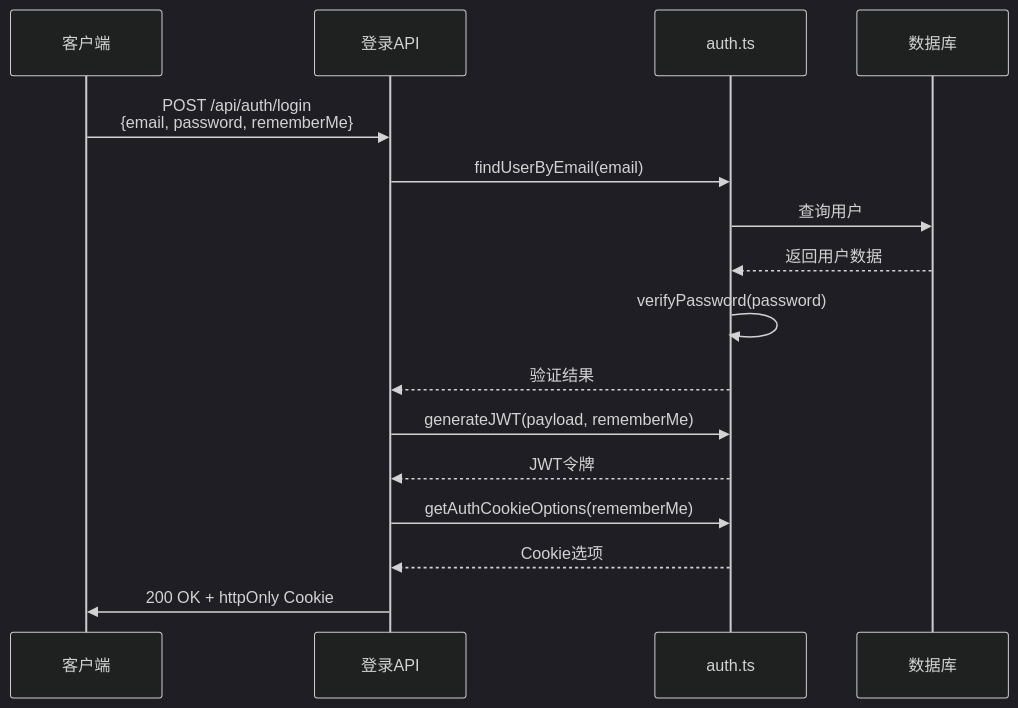
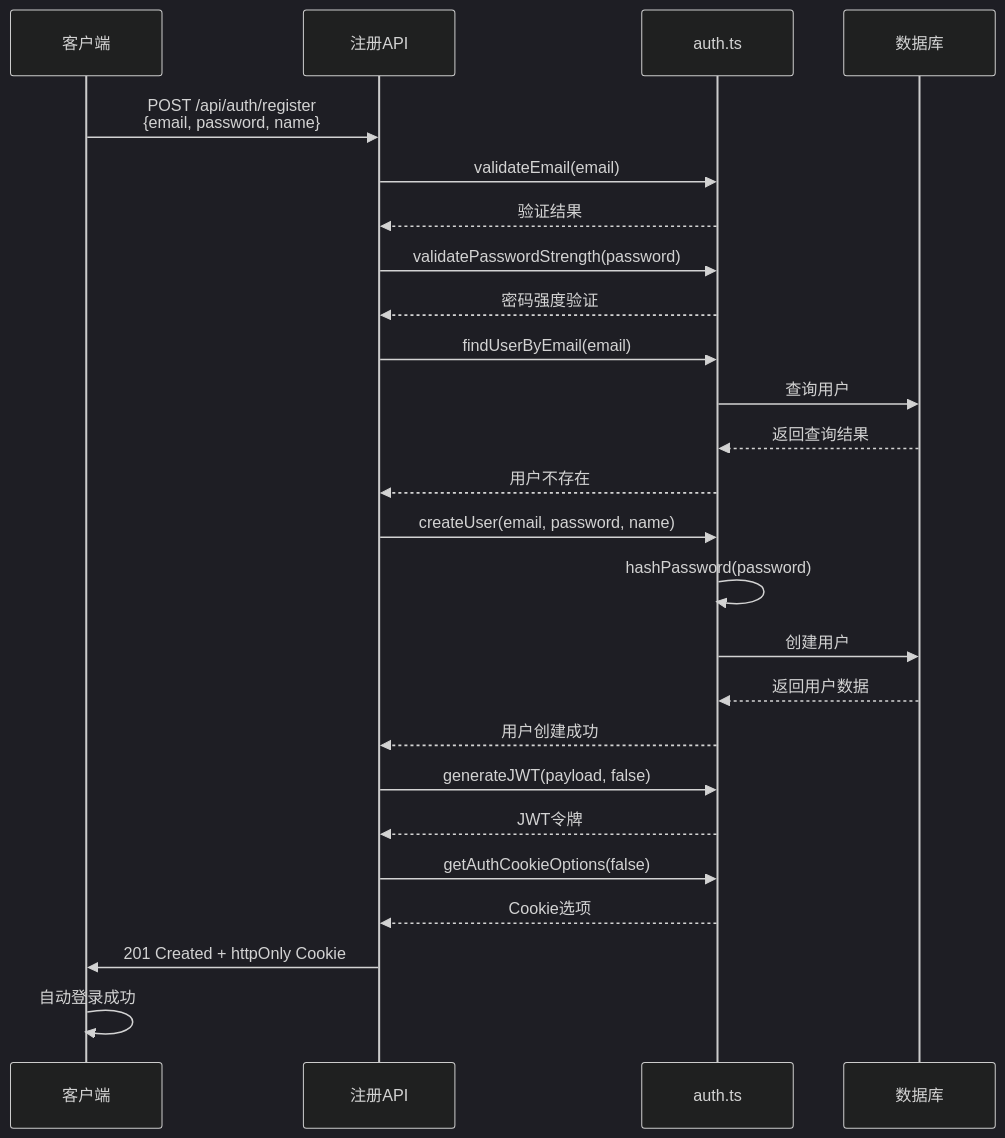
The third of 8 diagrams in .qoder/repowiki/zh/content/认证与会话管理.md (arthurlee116/english-listening-trainer), drawn with Mermaid (dark theme) before and after one commit. The commit also changed other lines of this file and 58 other files, not shown here.

````diff
--- a/.qoder/repowiki/zh/content/认证与会话管理.md
+++ b/.qoder/repowiki/zh/content/认证与会话管理.md
@@ -103,18 +114,27 @@
 ```mermaid
 sequenceDiagram
 participant Client as 客户端
-participant LoginAPI as 登录API
+participant RegisterAPI as 注册API
 participant AuthLib as auth.ts
 participant DB as 数据库
-Client->>LoginAPI : POST /api/auth/login<br/>{email, password, rememberMe}
-LoginAPI->>AuthLib : findUserByEmail(email)
+Client->>RegisterAPI : POST /api/auth/register<br/>{email, password, name}
+RegisterAPI->>AuthLib : validateEmail(email)
+AuthLib-->>RegisterAPI : 验证结果
+RegisterAPI->>AuthLib : validatePasswordStrength(password)
+AuthLib-->>RegisterAPI : 密码强度验证
+RegisterAPI->>AuthLib : findUserByEmail(email)
 AuthLib->>DB : 查询用户
+DB-->>AuthLib : 返回查询结果
+AuthLib-->>RegisterAPI : 用户不存在
+RegisterAPI->>AuthLib : createUser(email, password, name)
+AuthLib->>AuthLib : hashPassword(password)
+AuthLib->>DB : 创建用户
 DB-->>AuthLib : 返回用户数据
-AuthLib->>AuthLib : verifyPassword(password)
-AuthLib-->>LoginAPI : 验证结果
-LoginAPI->>AuthLib : generateJWT(payload, rememberMe)
-AuthLib-->>LoginAPI : JWT令牌
-LoginAPI->>AuthLib : getAuthCookieOptions(rememberMe)
-AuthLib-->>LoginAPI : Cookie选项
-LoginAPI->>Client : 200 OK + httpOnly Cookie
+AuthLib-->>RegisterAPI : 用户创建成功
+RegisterAPI->>AuthLib : generateJWT(payload, false)
+AuthLib-->>RegisterAPI : JWT令牌
+RegisterAPI->>AuthLib : getAuthCookieOptions(false)
+AuthLib-->>RegisterAPI : Cookie选项
+RegisterAPI->>Client : 201 Created + httpOnly Cookie
+Client->>Client : 自动登录成功
 ```
````
